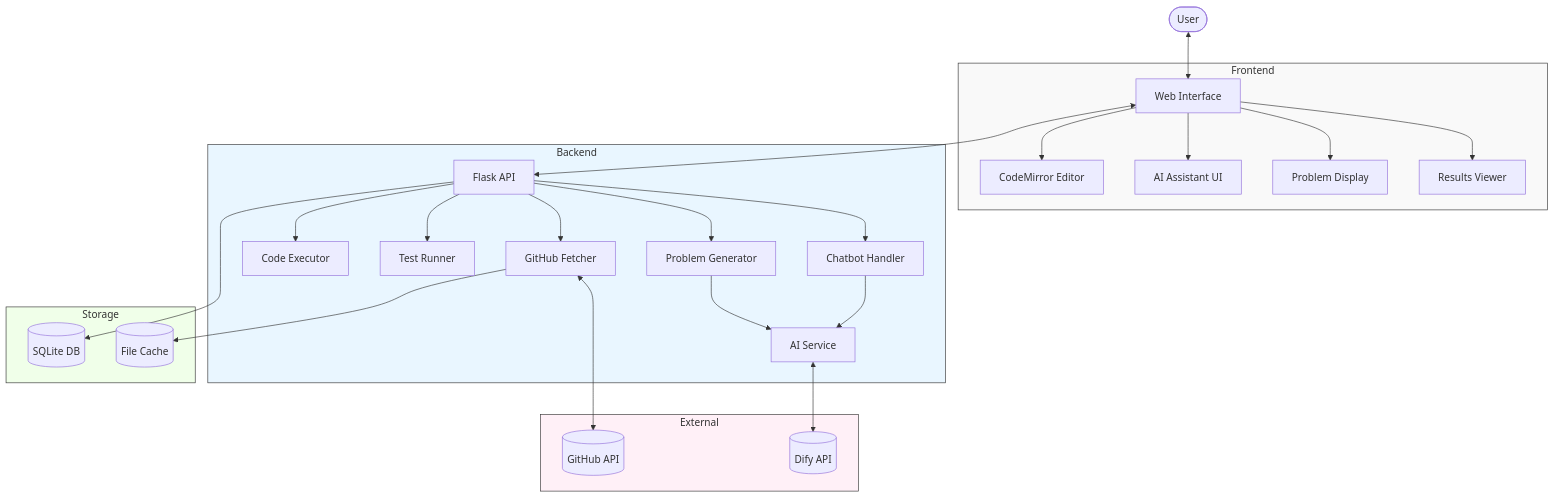
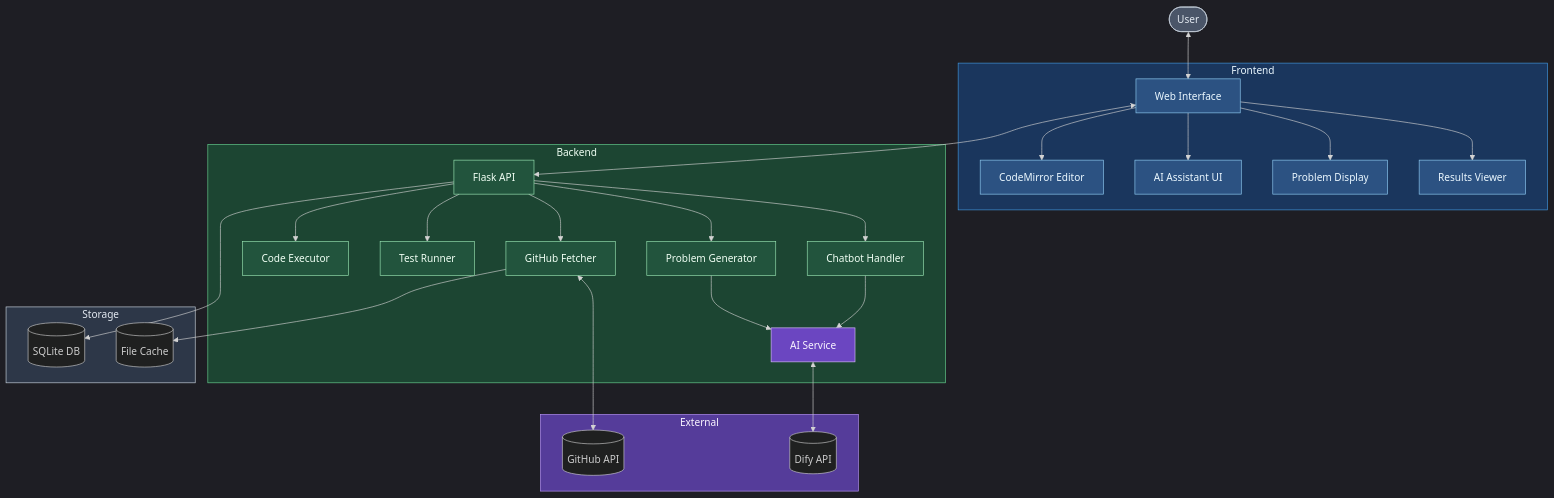
One commit to PatrickJYKang/problem_generator changed the first of 8 diagrams in docs/DeveloperReference.md. Above: the diagram before and after it, drawn with Mermaid. The commit also changed other lines of this file and 66 other files, not shown here.

First line of the commit message:
Fix API tests and enable UI tests with dark mode optimizations

````diff
--- a/docs/DeveloperReference.md
+++ b/docs/DeveloperReference.md
@@ -19,39 +19,51 @@
 ```mermaid
+%%{init: {'theme': 'dark'}}%%
 flowchart TD
     User([User]) <--> WebUI[Web Interface]    
     
     subgraph Frontend
         WebUI --> CodeEditor[CodeMirror Editor]
         WebUI --> ChatInterface[AI Assistant UI]
         WebUI --> ProblemDisplay[Problem Display]
         WebUI --> ResultsViewer[Results Viewer]
     end
     
     subgraph Backend
         API[Flask API] --> ProblemGenerator[Problem Generator]
         API --> CodeExecutor[Code Executor]
         API --> TestRunner[Test Runner]
         API --> GitHubFetcher[GitHub Fetcher]
         API --> ChatbotHandler[Chatbot Handler]
         
         ProblemGenerator --> AIService[AI Service]
         ChatbotHandler --> AIService
     end
     
     WebUI <--> API
     
+    classDef userNode fill:#4A5568,stroke:#CBD5E0,color:#E2E8F0
+    classDef frontendNode fill:#2C5282,stroke:#90CDF4,color:#EBF8FF
+    classDef backendNode fill:#22543D,stroke:#9AE6B4,color:#F0FFF4
+    classDef aiNode fill:#6B46C1,stroke:#D6BCFA,color:#FAF5FF
+    
+    class User userNode
+    class WebUI,CodeEditor,ChatInterface,ProblemDisplay,ResultsViewer frontendNode
+    class API,ProblemGenerator,CodeExecutor,TestRunner,GitHubFetcher,ChatbotHandler backendNode
+    class AIService aiNode
+    
+    style Frontend fill:#1A365D,stroke:#4299E1,color:#EBF8FF
+    style Backend fill:#1C4532,stroke:#68D391,color:#F0FFF4
+    
     subgraph Storage
         API --> Database[(SQLite DB)]
         GitHubFetcher --> Cache[(File Cache)]
     end
     
     subgraph External
         GitHubFetcher <--> GitHub[(GitHub API)]
         AIService <--> DifyAPI[(Dify API)]
     end
     
-    style Frontend fill:#f9f9f9,stroke:#333,stroke-width:1px
-    style Backend fill:#e9f6ff,stroke:#333,stroke-width:1px
-    style Storage fill:#f0ffe9,stroke:#333,stroke-width:1px
-    style External fill:#fff0f7,stroke:#333,stroke-width:1px
+    style Storage fill:#2D3748,stroke:#CBD5E0,color:#E2E8F0
+    style External fill:#553C9A,stroke:#B794F4,color:#FAF5FF
 ```
````
